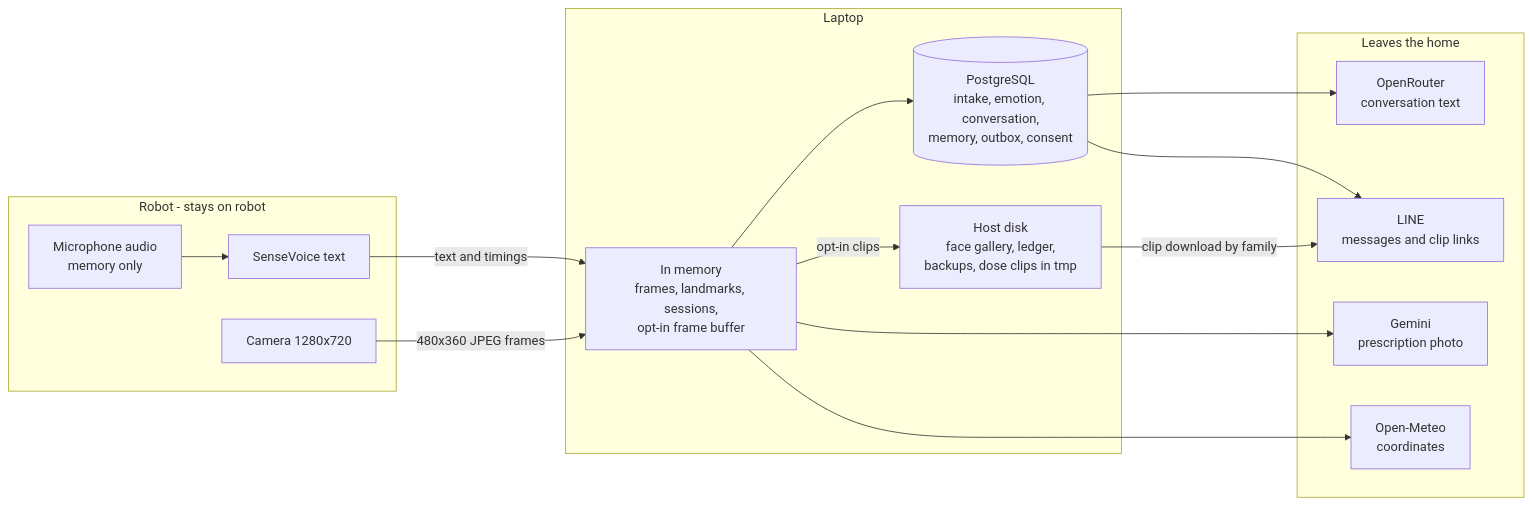
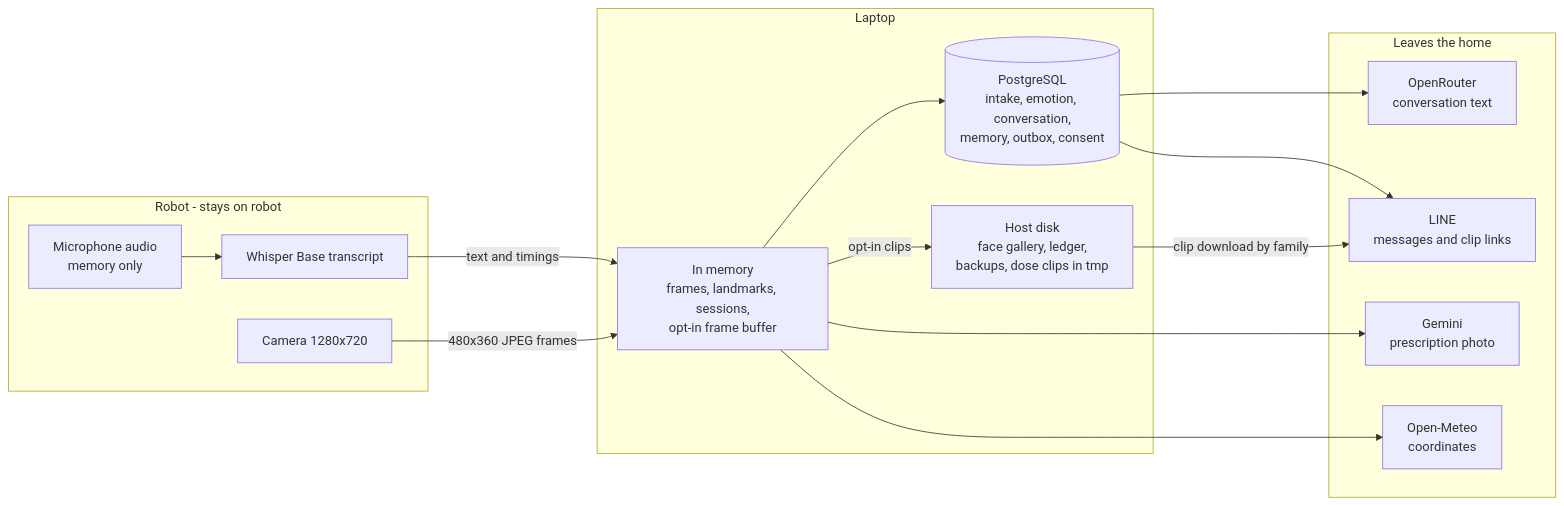
Before and after one commit to Ferdinanzk/MedAiCarePlus: the first of 20 diagrams in docs/DATA_FLOW.md, drawn with Mermaid. The commit also changed other lines of this file and 12 other files, not shown here.

Commit message:
Use Gemini 2.5 and Whisper Base for Reachy

````diff
--- a/docs/DATA_FLOW.md
+++ b/docs/DATA_FLOW.md
@@ -43,29 +43,29 @@
 ```mermaid
 flowchart LR
   subgraph Robot["Robot - stays on robot"]
     Mic["Microphone audio<br/>memory only"]
     Cam["Camera 1280x720"]
-    STT["SenseVoice text"]
+    STT["Whisper Base transcript"]
   end
   subgraph Laptop["Laptop"]
     RAM["In memory<br/>frames, landmarks, sessions,<br/>opt-in frame buffer"]
     PG[("PostgreSQL<br/>intake, emotion, conversation,<br/>memory, outbox, consent")]
     Disk["Host disk<br/>face gallery, ledger,<br/>backups, dose clips in tmp"]
   end
   subgraph Out["Leaves the home"]
     OR["OpenRouter<br/>conversation text"]
     LINE["LINE<br/>messages and clip links"]
     GEM["Gemini<br/>prescription photo"]
     OM["Open-Meteo<br/>coordinates"]
   end
   Mic --> STT
   STT -- "text and timings" --> RAM
   Cam -- "480x360 JPEG frames" --> RAM
   RAM --> PG
   RAM -- "opt-in clips" --> Disk
   PG --> OR
   PG --> LINE
   Disk -- "clip download by family" --> LINE
   RAM --> GEM
   RAM --> OM
 ```
````
